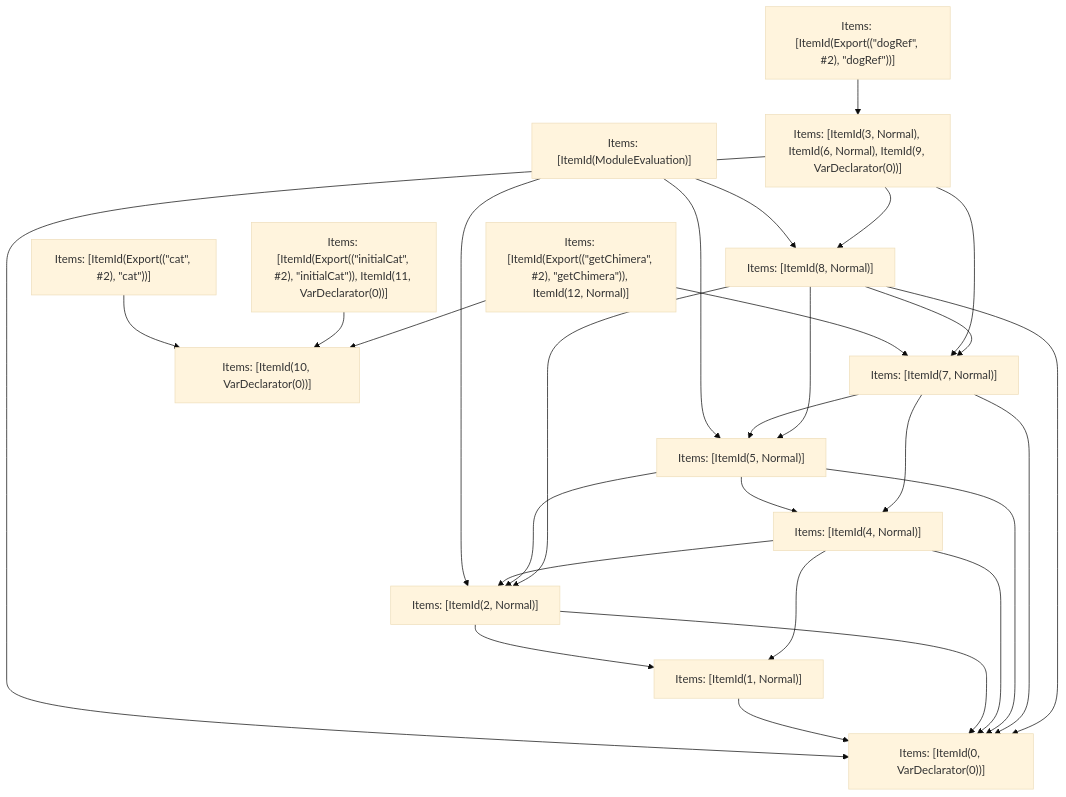
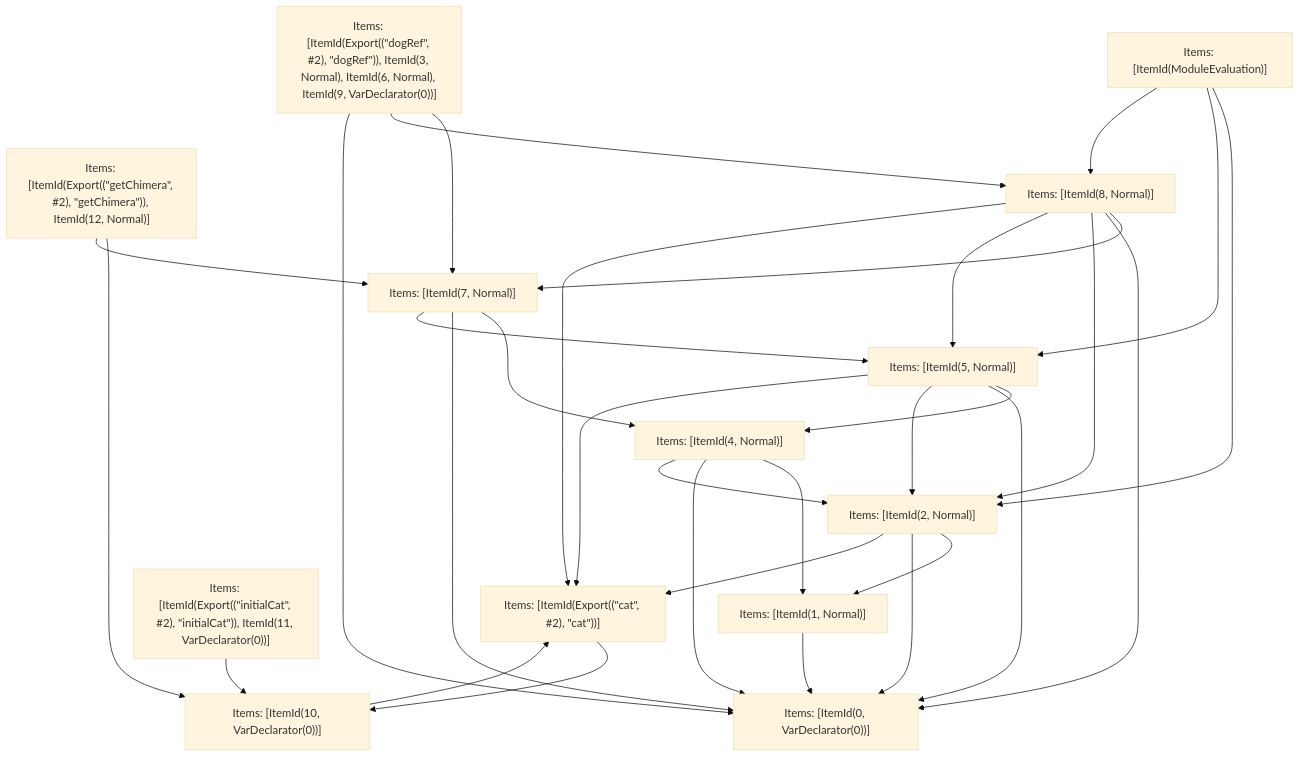
The fifth of 5 diagrams in crates/turbopack-ecmascript/tests/tree-shaker/analyzer/complex/output.md (vercel/turborepo), drawn with Mermaid (base theme) before and after one commit. The commit also changed other lines of this file and 24 other files, not shown here.

````diff
--- a/crates/turbopack-ecmascript/tests/tree-shaker/analyzer/complex/output.md
+++ b/crates/turbopack-ecmascript/tests/tree-shaker/analyzer/complex/output.md
@@ -350,44 +362,46 @@
 ```mermaid
 graph TD
     N0["Items: [ItemId(ModuleEvaluation)]"];
-    N1["Items: [ItemId(Export((&quot;dogRef&quot;, #2), &quot;dogRef&quot;))]"];
-    N2["Items: [ItemId(Export((&quot;cat&quot;, #2), &quot;cat&quot;))]"];
-    N3["Items: [ItemId(Export((&quot;initialCat&quot;, #2), &quot;initialCat&quot;)), ItemId(11, VarDeclarator(0))]"];
-    N4["Items: [ItemId(Export((&quot;getChimera&quot;, #2), &quot;getChimera&quot;)), ItemId(12, Normal)]"];
-    N5["Items: [ItemId(3, Normal), ItemId(6, Normal), ItemId(9, VarDeclarator(0))]"];
-    N6["Items: [ItemId(0, VarDeclarator(0))]"];
-    N7["Items: [ItemId(1, Normal)]"];
-    N8["Items: [ItemId(2, Normal)]"];
-    N9["Items: [ItemId(4, Normal)]"];
-    N10["Items: [ItemId(5, Normal)]"];
-    N11["Items: [ItemId(7, Normal)]"];
-    N12["Items: [ItemId(8, Normal)]"];
-    N13["Items: [ItemId(10, VarDeclarator(0))]"];
-    N0 --> N8;
-    N0 --> N10;
-    N0 --> N12;
-    N1 --> N5;
-    N2 --> N13;
-    N3 --> N13;
-    N4 --> N13;
-    N4 --> N11;
-    N5 --> N11;
-    N5 --> N12;
-    N5 --> N6;
+    N1["Items: [ItemId(Export((&quot;cat&quot;, #2), &quot;cat&quot;))]"];
+    N2["Items: [ItemId(Export((&quot;dogRef&quot;, #2), &quot;dogRef&quot;)), ItemId(3, Normal), ItemId(6, Normal), ItemId(9, VarDeclarator(0))]"];
+    N3["Items: [ItemId(Export((&quot;getChimera&quot;, #2), &quot;getChimera&quot;)), ItemId(12, Normal)]"];
+    N4["Items: [ItemId(Export((&quot;initialCat&quot;, #2), &quot;initialCat&quot;)), ItemId(11, VarDeclarator(0))]"];
+    N5["Items: [ItemId(0, VarDeclarator(0))]"];
+    N6["Items: [ItemId(1, Normal)]"];
+    N7["Items: [ItemId(2, Normal)]"];
+    N8["Items: [ItemId(4, Normal)]"];
+    N9["Items: [ItemId(5, Normal)]"];
+    N10["Items: [ItemId(7, Normal)]"];
+    N11["Items: [ItemId(8, Normal)]"];
+    N12["Items: [ItemId(10, VarDeclarator(0))]"];
+    N0 --> N7;
+    N0 --> N9;
+    N0 --> N11;
+    N1 --> N12;
+    N2 --> N10;
+    N2 --> N11;
+    N2 --> N5;
+    N3 --> N12;
+    N3 --> N10;
+    N4 --> N12;
+    N6 --> N5;
     N7 --> N6;
+    N7 --> N5;
+    N7 --> N1;
+    N8 --> N6;
+    N8 --> N5;
     N8 --> N7;
-    N8 --> N6;
+    N9 --> N8;
+    N9 --> N5;
     N9 --> N7;
-    N9 --> N6;
-    N9 --> N8;
+    N9 --> N1;
+    N10 --> N8;
+    N10 --> N5;
     N10 --> N9;
-    N10 --> N6;
-    N10 --> N8;
+    N11 --> N10;
+    N11 --> N5;
+    N11 --> N7;
     N11 --> N9;
-    N11 --> N6;
-    N11 --> N10;
-    N12 --> N11;
-    N12 --> N6;
-    N12 --> N8;
-    N12 --> N10;
+    N11 --> N1;
+    N12 --> N1;
 ```
````
